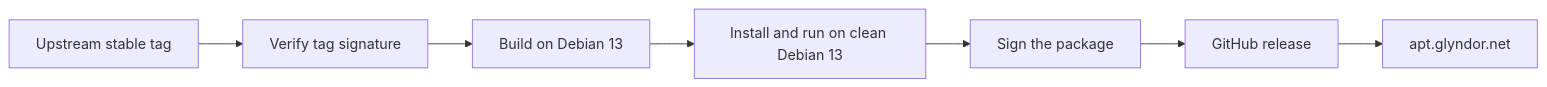
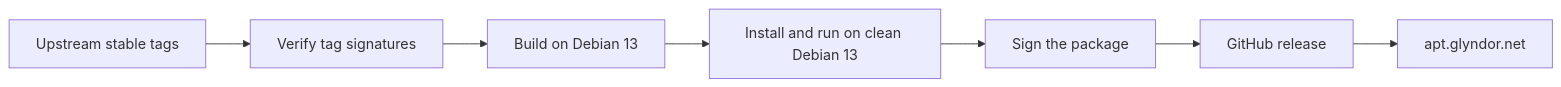
The diagram in README.md (Glyndor/podman), drawn with Mermaid before and after one commit. The commit also changed other lines of this file, not shown here.

````diff
--- a/README.md
+++ b/README.md
@@ -21,9 +21,9 @@
 ```mermaid
 flowchart LR
-  A[Upstream stable tag] --> B[Verify tag signature]
+  A[Upstream stable tags] --> B[Verify tag signatures]
   B --> C[Build on Debian 13]
   C --> D[Install and run on clean Debian 13]
   D --> E[Sign the package]
   E --> F[GitHub release]
   F --> G[apt.glyndor.net]
 ```
````
